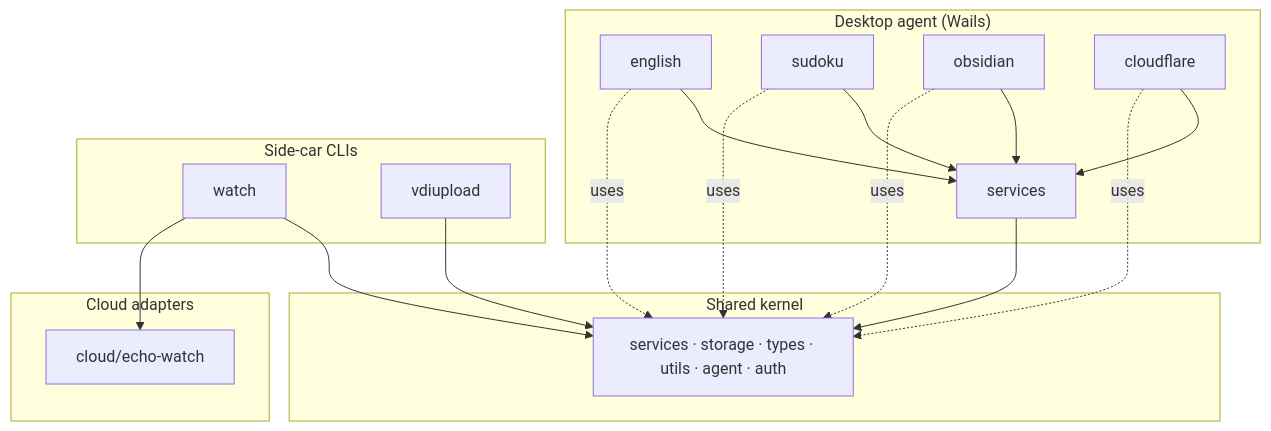
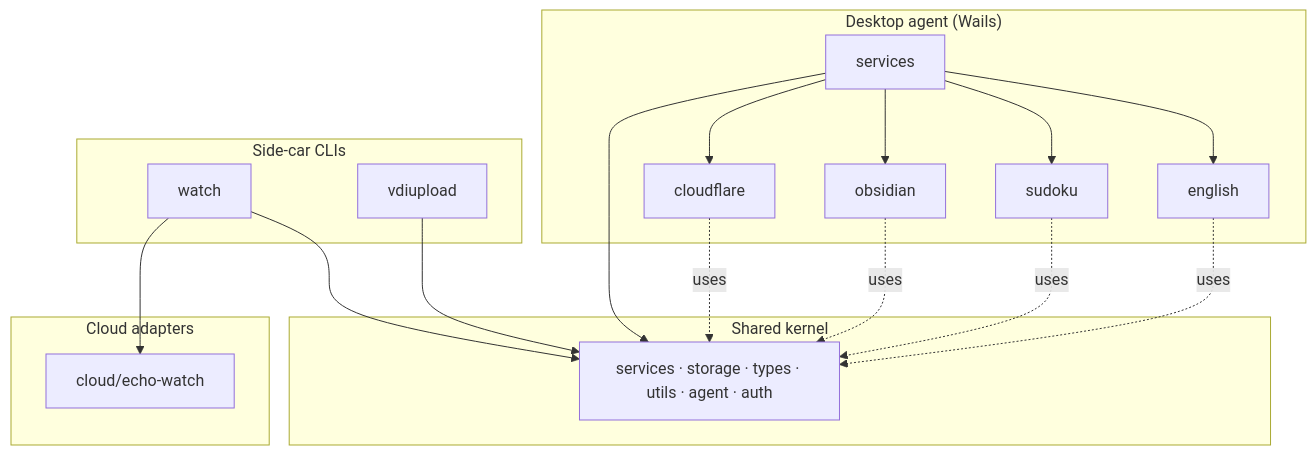
The diagram in docs/domains/README.md (zcharym/talus-mofish), drawn with Mermaid before and after one commit. The commit also changed other lines of this file and 73 other files, not shown here.

````diff
--- a/docs/domains/README.md
+++ b/docs/domains/README.md
@@ -26,36 +26,36 @@
 ```mermaid
 flowchart TB
   subgraph desktop["Desktop agent (Wails)"]
     EN[english]
     SU[sudoku]
     OB[obsidian]
     CF[cloudflare]
     SVC[services]
-    EN --> SVC
-    SU --> SVC
-    OB --> SVC
-    CF --> SVC
+    SVC --> EN
+    SVC --> SU
+    SVC --> OB
+    SVC --> CF
   end
 
   subgraph sidecars["Side-car CLIs"]
     W[watch]
     U[vdiupload]
   end
 
   subgraph cloud["Cloud adapters"]
     CW[cloud/echo-watch]
   end
 
   subgraph kernel["Shared kernel"]
     K[services · storage · types · utils · agent · auth]
   end
 
   SVC --> K
   EN -.->|uses| K
   SU -.->|uses| K
   OB -.->|uses| K
   CF -.->|uses| K
   W --> K
   U --> K
   W --> CW
 ```
````
